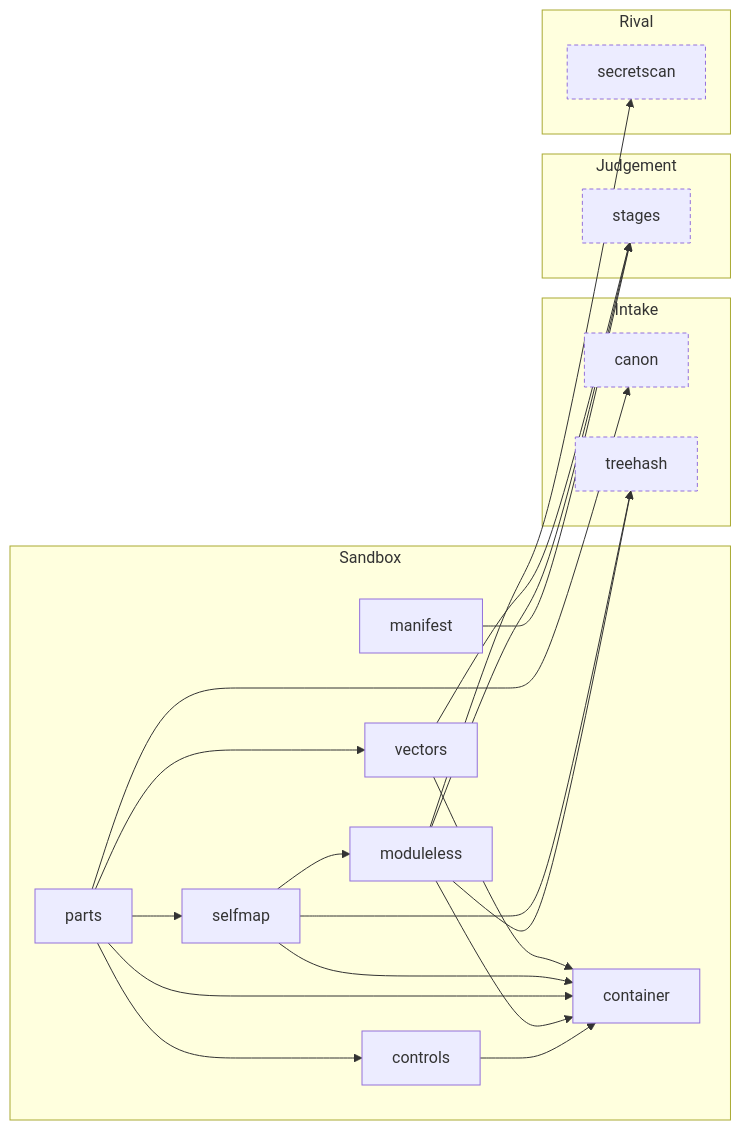
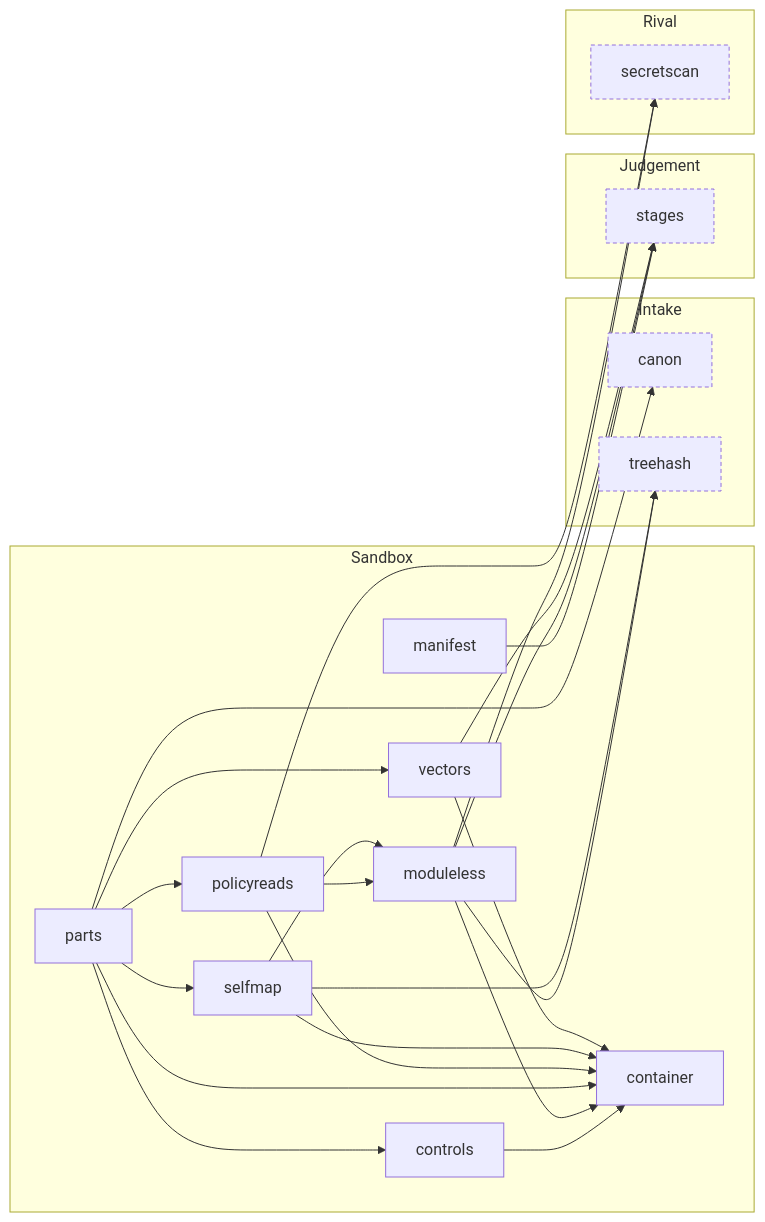
The fifth of 8 diagrams in docs/harita.md (Okan-wqm/snowball-mcp), drawn with Mermaid before and after one commit. The commit also changed other lines of this file and 15 other files, not shown here.

````diff
--- a/docs/harita.md
+++ b/docs/harita.md
@@ -242,39 +244,44 @@
 ```mermaid
 flowchart LR
   subgraph a_Sandbox["Sandbox"]
     m_container["container"]
     m_controls["controls"]
     m_manifest["manifest"]
     m_moduleless["moduleless"]
     m_parts["parts"]
+    m_policyreads["policyreads"]
     m_selfmap["selfmap"]
     m_vectors["vectors"]
   end
   subgraph a_Intake["Intake"]
     m_canon["canon"]:::outside
     m_treehash["treehash"]:::outside
   end
   subgraph a_Judgement["Judgement"]
     m_stages["stages"]:::outside
   end
   subgraph a_Rival["Rival"]
     m_secretscan["secretscan"]:::outside
   end
   m_controls --> m_container
   m_manifest --> m_stages
   m_moduleless --> m_container
   m_moduleless --> m_secretscan
   m_moduleless --> m_stages
   m_moduleless --> m_treehash
   m_parts --> m_canon
   m_parts --> m_container
   m_parts --> m_controls
+  m_parts --> m_policyreads
   m_parts --> m_selfmap
   m_parts --> m_vectors
+  m_policyreads --> m_container
+  m_policyreads --> m_moduleless
+  m_policyreads --> m_secretscan
   m_selfmap --> m_container
   m_selfmap --> m_moduleless
   m_selfmap --> m_treehash
   m_vectors --> m_container
   m_vectors --> m_stages
   classDef outside stroke-dasharray: 4 3
 ```
````
